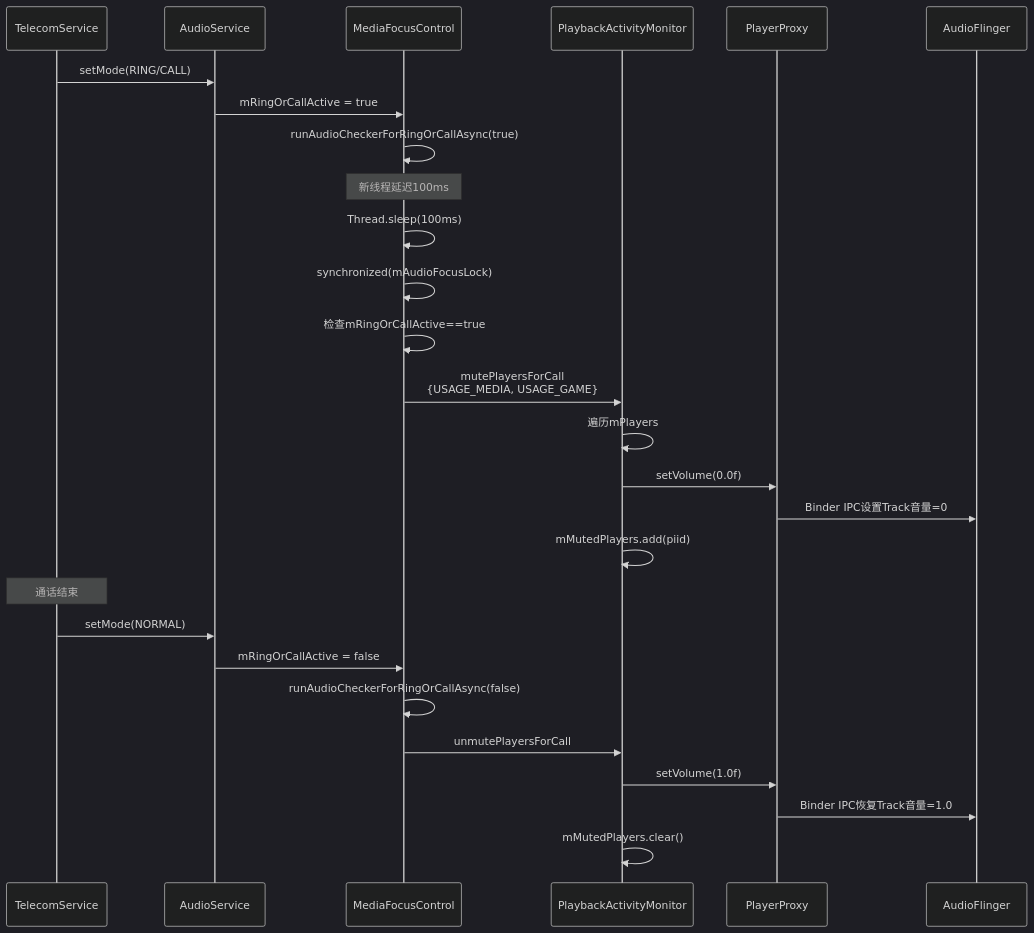
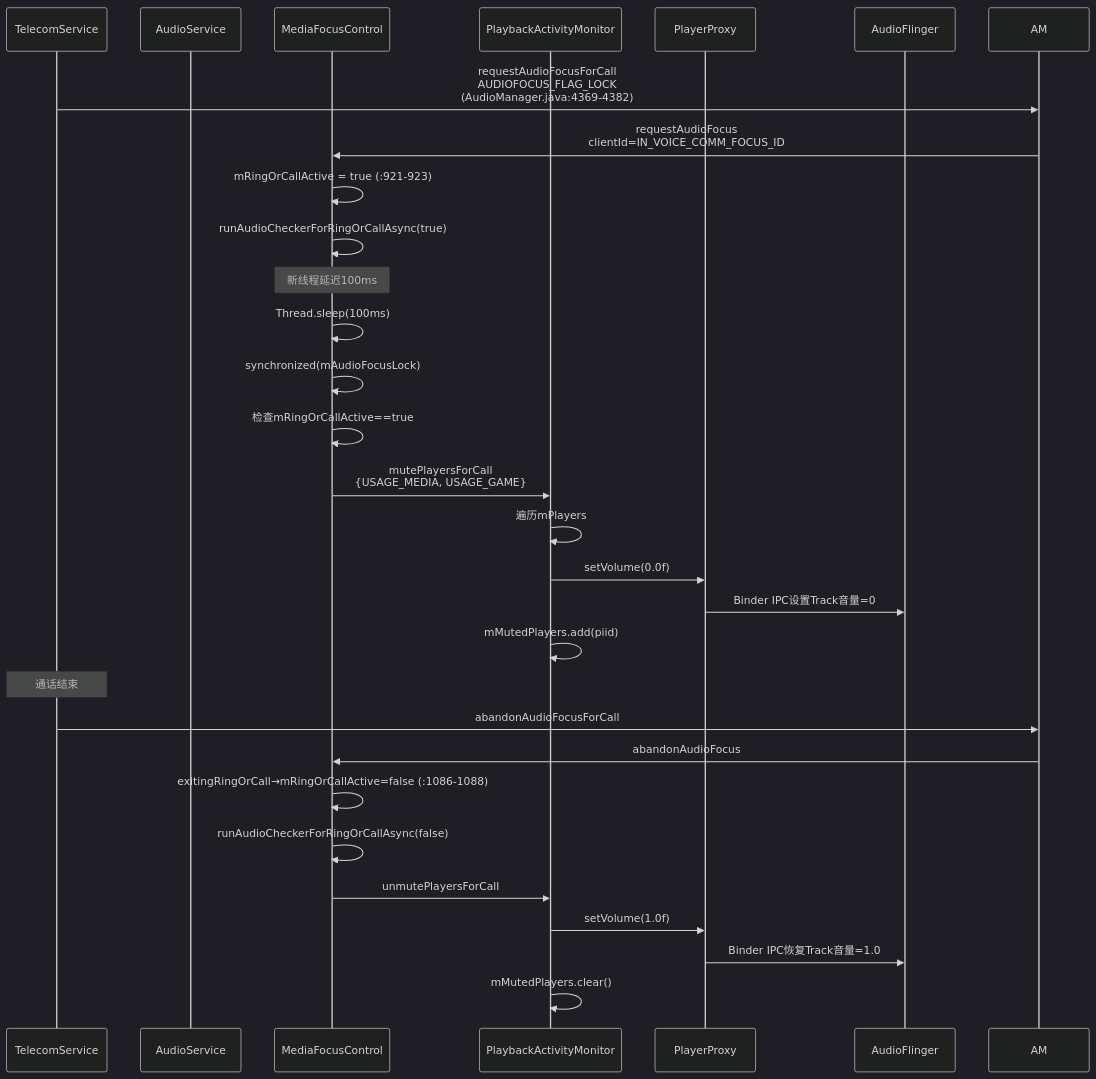
The third of 3 diagrams in 12_Audio_Focus_Deep_Dive/12_12.9_通话Muting机制.md (yanglinzhen1022/SA8295_AAOS_QNX_Audio_KnowledgeBase), drawn with Mermaid (dark theme) before and after one commit. The commit also changed other lines of this file and 14 other files, not shown here.

````diff
--- a/12_Audio_Focus_Deep_Dive/12_12.9_通话Muting机制.md
+++ b/12_Audio_Focus_Deep_Dive/12_12.9_通话Muting机制.md
@@ -200,31 +221,33 @@
 ```mermaid
 sequenceDiagram
     participant TM as TelecomService
     participant AS as AudioService
     participant MFC as MediaFocusControl
     participant PAM as PlaybackActivityMonitor
     participant PP as PlayerProxy
     participant AF as AudioFlinger
 
-    TM->>AS: setMode(RING/CALL)
-    AS->>MFC: mRingOrCallActive = true
+    TM->>AM: requestAudioFocusForCall<br/>AUDIOFOCUS_FLAG_LOCK<br/>(AudioManager.java:4369-4382)
+    AM->>MFC: requestAudioFocus<br>clientId=IN_VOICE_COMM_FOCUS_ID
+    MFC->>MFC: mRingOrCallActive = true (:921-923)
     MFC->>MFC: runAudioCheckerForRingOrCallAsync(true)
     Note over MFC: 新线程延迟100ms
     MFC->>MFC: Thread.sleep(100ms)
     MFC->>MFC: synchronized(mAudioFocusLock)
     MFC->>MFC: 检查mRingOrCallActive==true
     MFC->>PAM: mutePlayersForCall<br>{USAGE_MEDIA, USAGE_GAME}
     PAM->>PAM: 遍历mPlayers
     PAM->>PP: setVolume(0.0f)
     PP->>AF: Binder IPC设置Track音量=0
     PAM->>PAM: mMutedPlayers.add(piid)
 
     Note over TM: 通话结束
-    TM->>AS: setMode(NORMAL)
-    AS->>MFC: mRingOrCallActive = false
+    TM->>AM: abandonAudioFocusForCall
+    AM->>MFC: abandonAudioFocus
+    MFC->>MFC: exitingRingOrCall→mRingOrCallActive=false (:1086-1088)
     MFC->>MFC: runAudioCheckerForRingOrCallAsync(false)
     MFC->>PAM: unmutePlayersForCall
     PAM->>PP: setVolume(1.0f)
     PP->>AF: Binder IPC恢复Track音量=1.0
     PAM->>PAM: mMutedPlayers.clear()
 ```
````
